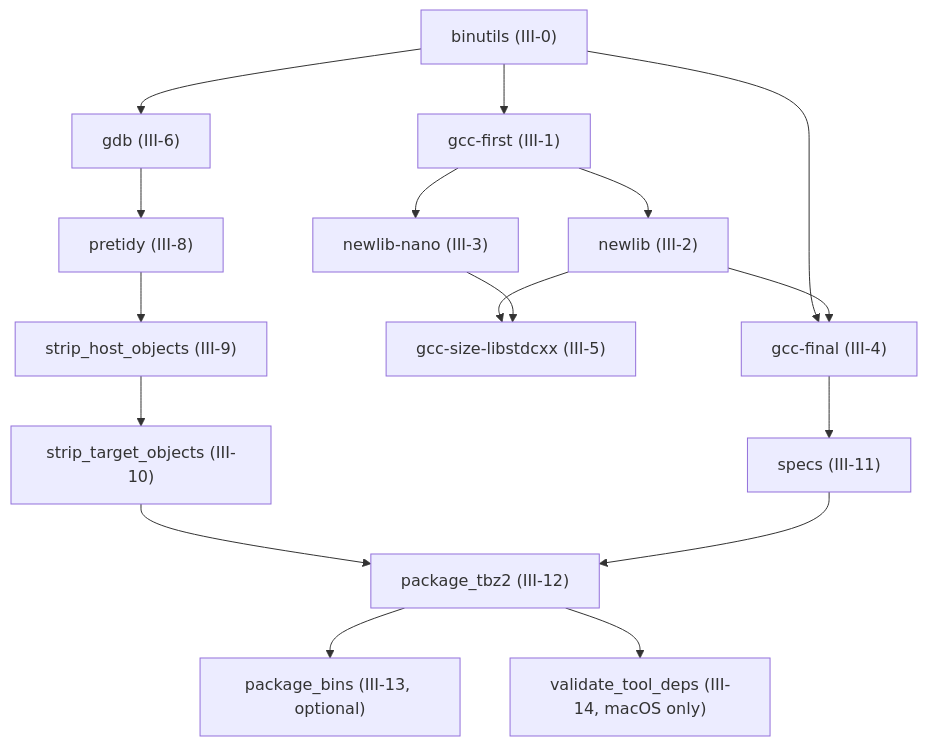
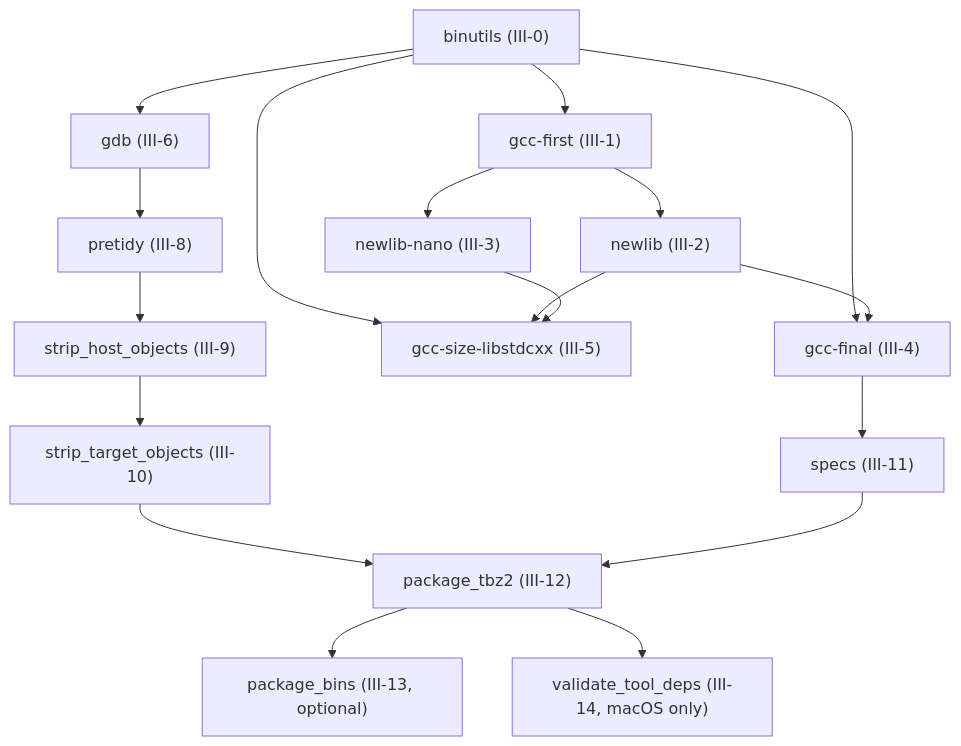
The diagram in docs/build-stages.md (grahame-org/gnu-tools-for-stm32), drawn with Mermaid before and after one commit. The commit also changed other lines of this file, not shown here.

Commit message:
docs: add binutils dep to gcc-size-libstdcxx, fix licence spelling, add graph edge A-->F

````diff
--- a/docs/build-stages.md
+++ b/docs/build-stages.md
@@ -393,34 +395,35 @@
 ```mermaid
 flowchart TD
     A["binutils (III-0)"]
     B["gcc-first (III-1)"]
     C["newlib (III-2)"]
     D["newlib-nano (III-3)"]
     E["gcc-final (III-4)"]
     F["gcc-size-libstdcxx (III-5)"]
     G["gdb (III-6)"]
     H["pretidy (III-8)"]
     I["strip_host_objects (III-9)"]
     J["strip_target_objects (III-10)"]
     K["specs (III-11)"]
     L["package_tbz2 (III-12)"]
     M["package_bins (III-13, optional)"]
     N["validate_tool_deps (III-14, macOS only)"]
 
     A --> B
     A --> E
+    A --> F
     A --> G
     B --> C
     B --> D
     C --> E
     C --> F
     D --> F
     E --> K
     G --> H
     H --> I
     I --> J
     J --> L
     K --> L
     L --> M
     L --> N
 ```
````
